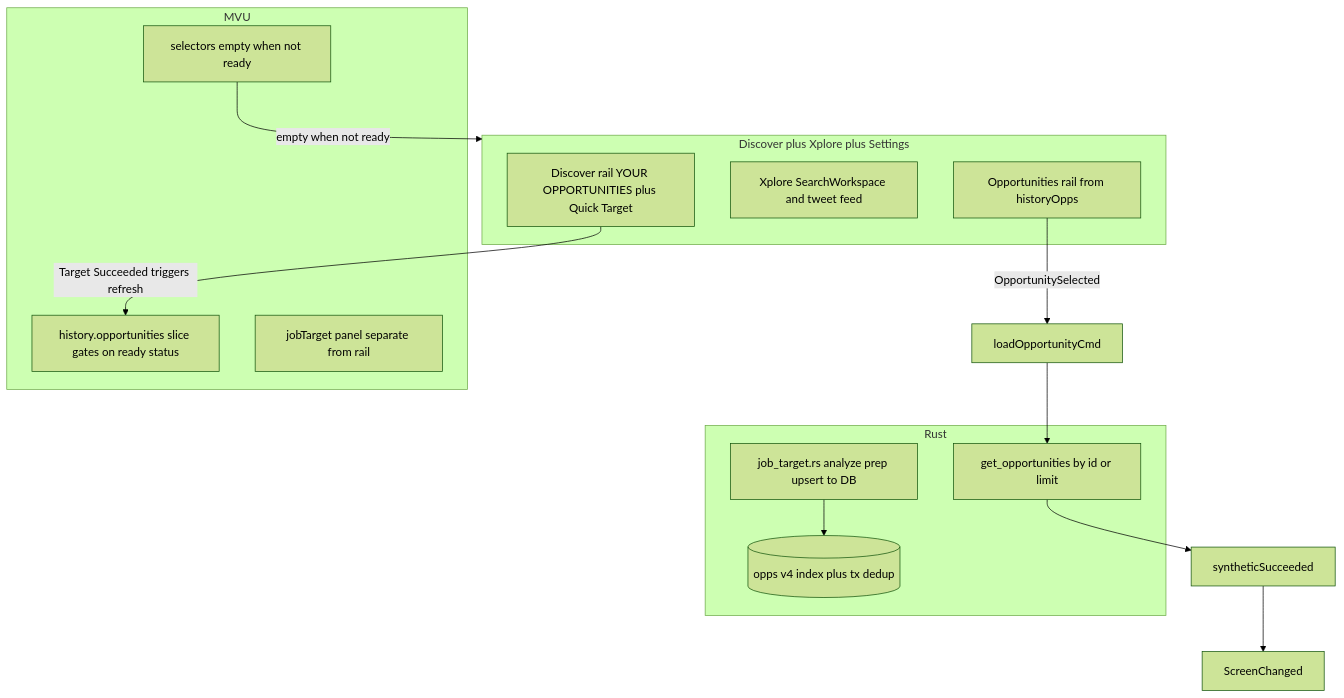
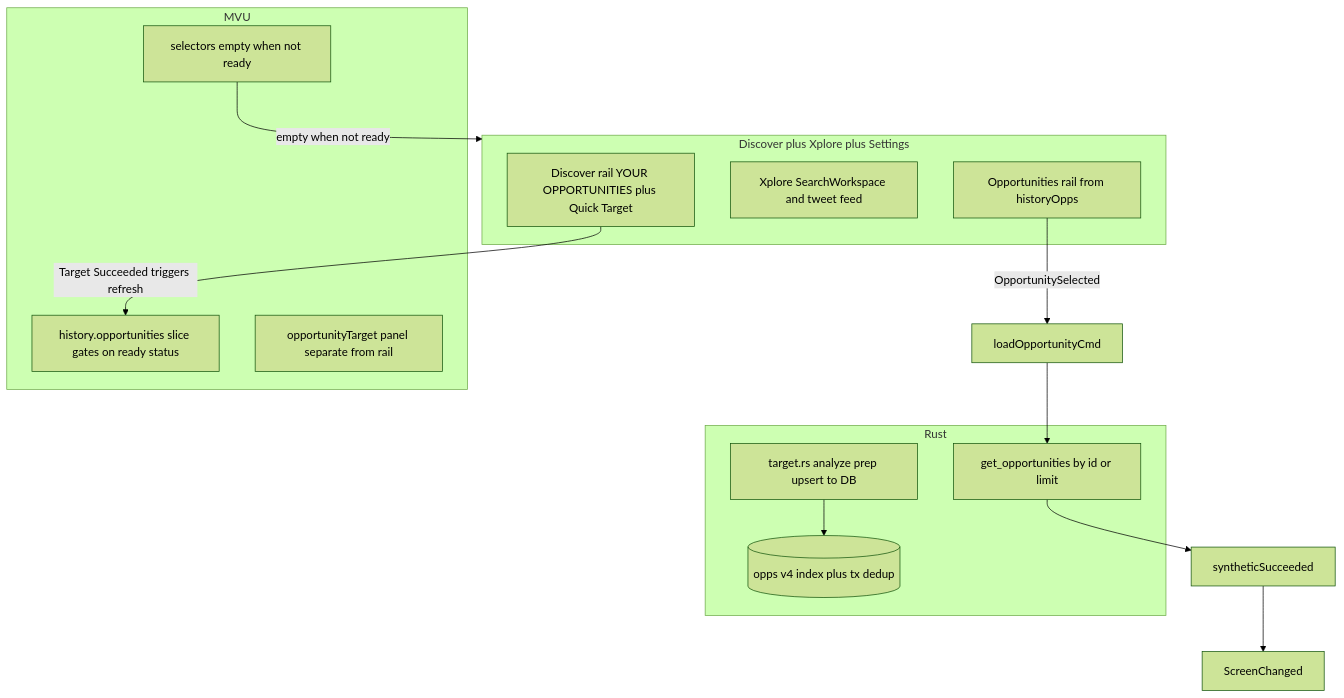
The tenth of 18 diagrams in reports/intuitive-shell-plan.md (p10ns11y/collab-finder), drawn with Mermaid (forest theme) before and after one commit. The commit also changed other lines of this file and 31 other files, not shown here.

First line of the commit message:
chore: deepest clean of legacy terminology (Job/JobTarget -> Opportunity/Target, Hunt -> Xplore)

````diff
--- a/reports/intuitive-shell-plan.md
+++ b/reports/intuitive-shell-plan.md
@@ -337,25 +337,25 @@
 ```mermaid
 flowchart TB
   subgraph UI["Discover plus Xplore plus Settings"]
     D["Discover rail YOUR OPPORTUNITIES plus Quick Target"]
     X["Xplore SearchWorkspace and tweet feed"]
     Rail["Opportunities rail from historyOpps"]
   end
   subgraph MVU
     H["history.opportunities slice gates on ready status"]
-    T["jobTarget panel separate from rail"]
+    T["opportunityTarget panel separate from rail"]
     Sel["selectors empty when not ready"]
   end
   subgraph Rust
-    JTcmd["job_target.rs analyze prep upsert to DB"]
+    JTcmd["target.rs analyze prep upsert to DB"]
     DB[("opps v4 index plus tx dedup")]
     get["get_opportunities by id or limit"]
   end
   D -->|Target Succeeded triggers refresh| H
   Rail -->|OpportunitySelected| loadOpportunityCmd
   loadOpportunityCmd --> get
   get --> syntheticSucceeded
   syntheticSucceeded --> ScreenChanged
   JTcmd --> DB
   Sel -->|empty when not ready| UI
 ```
````
